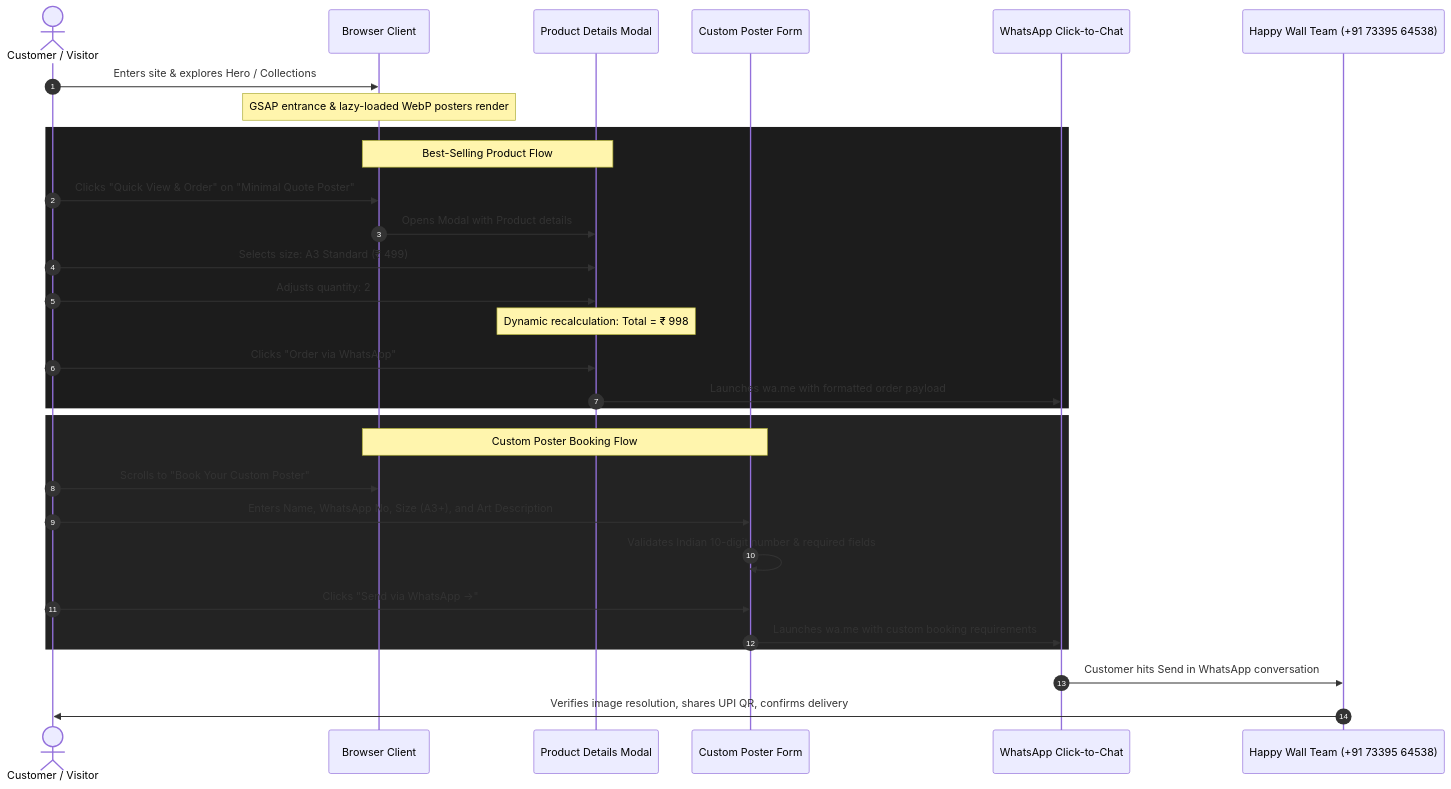
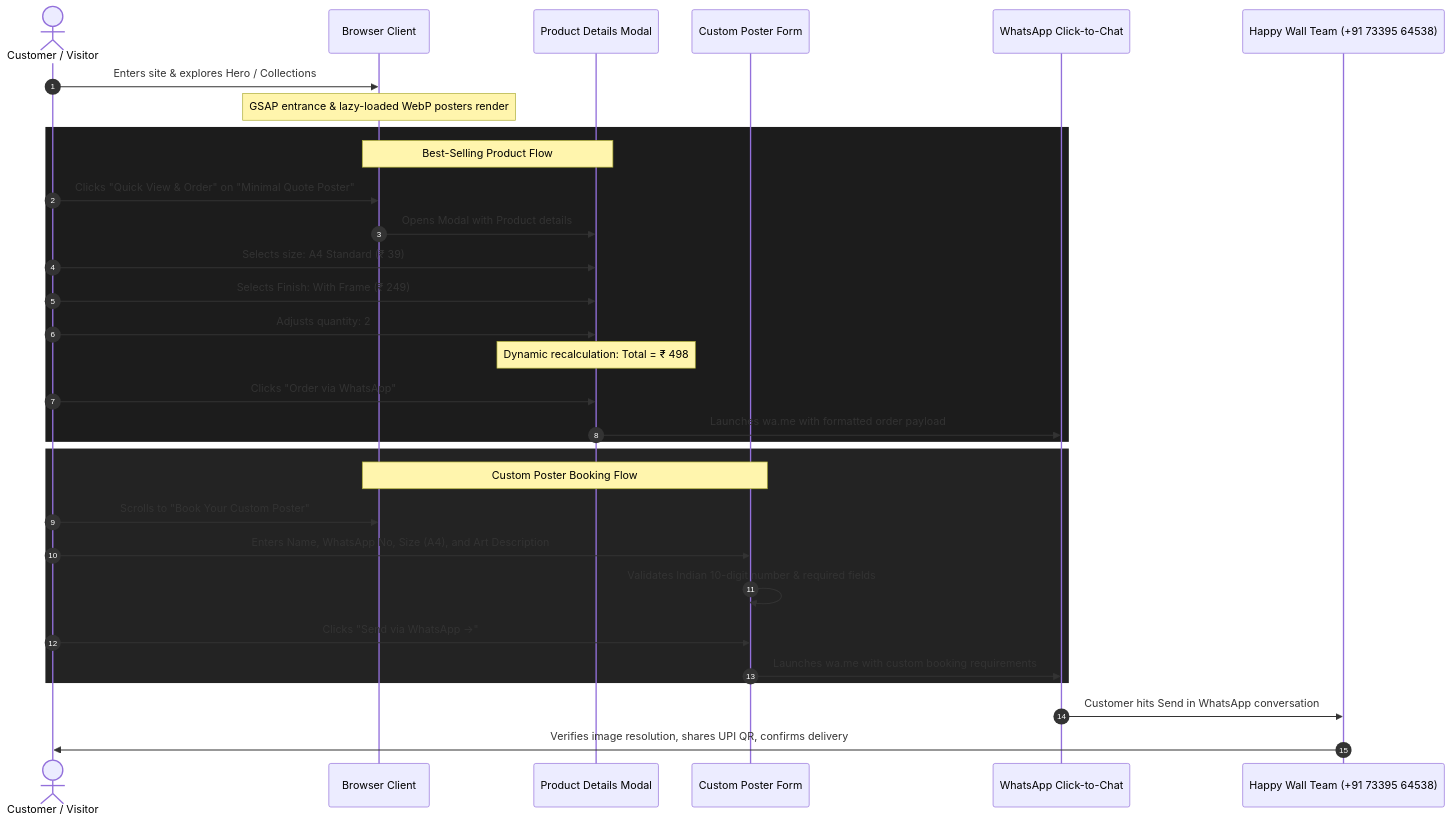
One commit to Think2xCreateOfficial/happywall changed the diagram in docs/DATA-FLOW.md. Above: the diagram before and after it, drawn with Mermaid. The commit also changed other lines of this file and 38 other files, not shown here.

````diff
--- a/docs/DATA-FLOW.md
+++ b/docs/DATA-FLOW.md
@@ -10,36 +10,37 @@
 ```mermaid
 sequenceDiagram
     autonumber
     actor Customer as Customer / Visitor
     participant Browser as Browser Client
     participant Modal as Product Details Modal
     participant Form as Custom Poster Form
     participant WhatsApp as WhatsApp Click-to-Chat
     participant Owner as Happy Wall Team (+91 73395 64538)
 
     Customer->>Browser: Enters site & explores Hero / Collections
     Note over Browser: GSAP entrance & lazy-loaded WebP posters render
     
     rect rgb(28, 28, 28)
         Note over Browser,Modal: Best-Selling Product Flow
         Customer->>Browser: Clicks "Quick View & Order" on "Minimal Quote Poster"
         Browser->>Modal: Opens Modal with Product details
-        Customer->>Modal: Selects size: A3 Standard (₹ 499)
+        Customer->>Modal: Selects size: A4 Standard (₹ 39)
+        Customer->>Modal: Selects Finish: With Frame (₹ 249)
         Customer->>Modal: Adjusts quantity: 2
-        Note over Modal: Dynamic recalculation: Total = ₹ 998
+        Note over Modal: Dynamic recalculation: Total = ₹ 498
         Customer->>Modal: Clicks "Order via WhatsApp"
         Modal->>WhatsApp: Launches wa.me with formatted order payload
     end
 
     rect rgb(35, 35, 35)
         Note over Browser,Form: Custom Poster Booking Flow
         Customer->>Browser: Scrolls to "Book Your Custom Poster"
-        Customer->>Form: Enters Name, WhatsApp No, Size (A3+), and Art Description
+        Customer->>Form: Enters Name, WhatsApp No, Size (A4), and Art Description
         Form->>Form: Validates Indian 10-digit number & required fields
         Customer->>Form: Clicks "Send via WhatsApp →"
         Form->>WhatsApp: Launches wa.me with custom booking requirements
     end
 
     WhatsApp->>Owner: Customer hits Send in WhatsApp conversation
     Owner->>Customer: Verifies image resolution, shares UPI QR, confirms delivery
 ```
````
